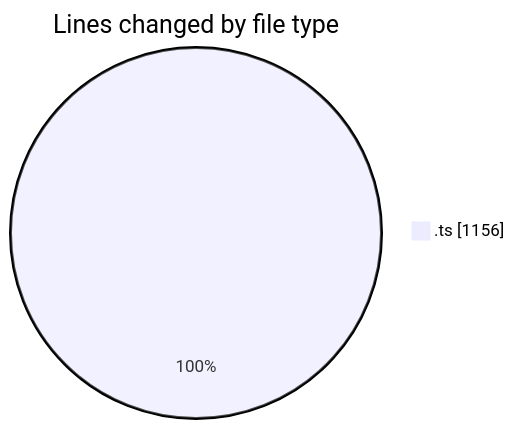
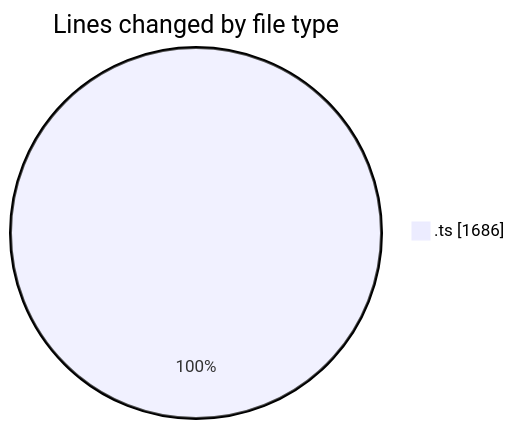
The first of 2 diagrams in 2025-06-26/cda/README.md (momahboobian/code-tracking), drawn with Mermaid before and after one commit. The commit also changed other lines of this file and 1 other file, not shown here.

````diff
--- a/2025-06-26/cda/README.md
+++ b/2025-06-26/cda/README.md
@@ -21,5 +22,5 @@
 ```mermaid
 pie showData
 title Lines changed by file type
-".ts" : 1156
+".ts" : 1686
 ```
````
